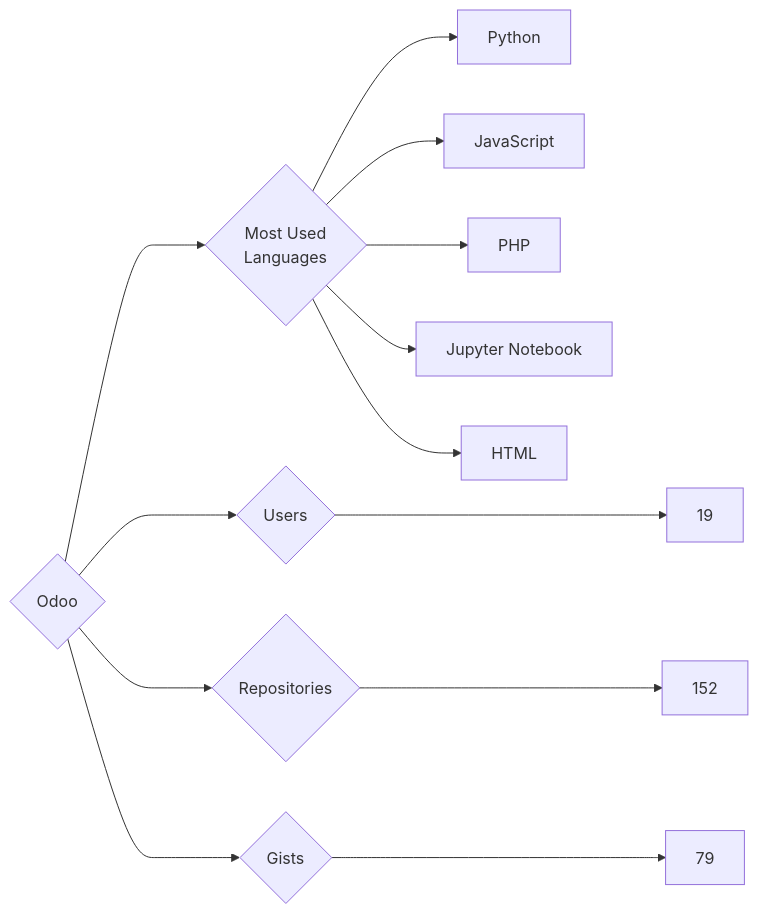
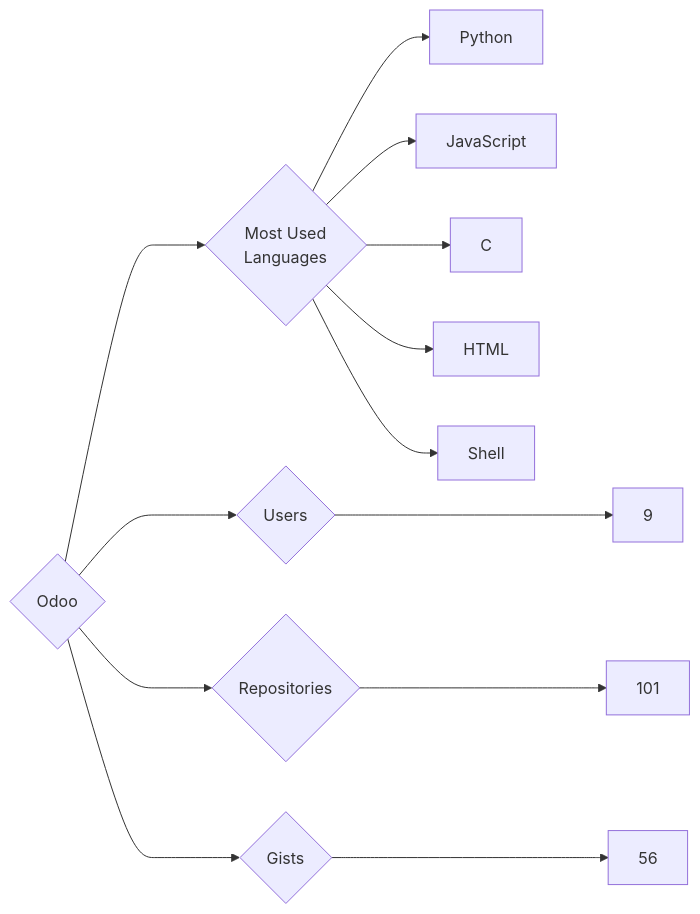
One commit to trickest/insiders changed the diagram in targets/Odoo/README.md. Above: the diagram before and after it, drawn with Mermaid. The commit also changed 1696 other files, not shown here.

````diff
--- a/targets/Odoo/README.md
+++ b/targets/Odoo/README.md
@@ -3,13 +3,13 @@
 ```mermaid
 graph LR
 COMPANY_NAME{Odoo}
-COMPANY_NAME ---> U{Users} ---> UN[19]
-COMPANY_NAME ---> R{Repositories} ---> RN[152]
-COMPANY_NAME ---> G{Gists} ---> GN[79]
+COMPANY_NAME ---> U{Users} ---> UN[9]
+COMPANY_NAME ---> R{Repositories} ---> RN[101]
+COMPANY_NAME ---> G{Gists} ---> GN[56]
 COMPANY_NAME ---> ML{Most Used<br>Languages}
 ML --> Python[Python]
 ML --> JavaScript[JavaScript]
-ML --> PHP[PHP]
-ML --> Jupyter_Notebook[Jupyter Notebook]
+ML --> C[C]
 ML --> HTML[HTML]
+ML --> Shell[Shell]
 ```
````
